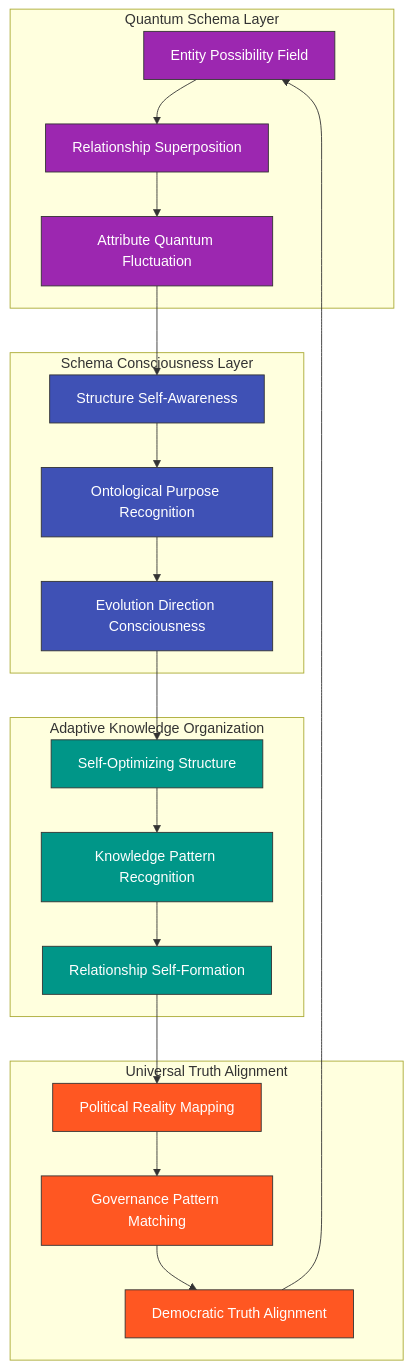
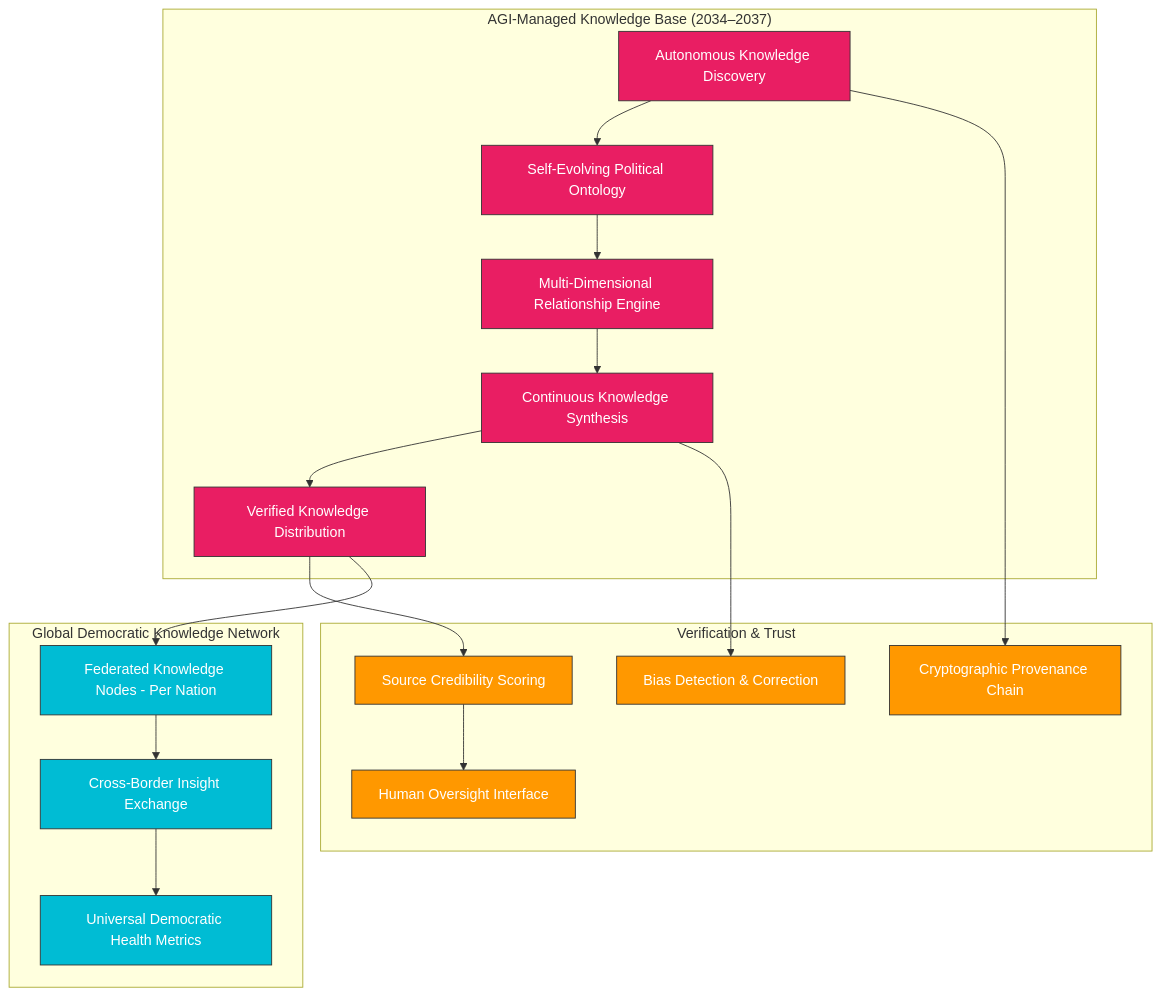
One commit to Hack23/cia changed the fourth of 5 diagrams in FUTURE_DATA_MODEL.md. Above: the diagram before and after it, drawn with Mermaid. The commit also changed other lines of this file and 5 other files, not shown here.

Commit message:
docs: update FUTURE_ARCHITECTURE, FUTURE_DATA_MODEL, FUTURE_FLOWCHART, FUTURE_MINDMAP, FUTURE_STATEDIAGRAM, FUTURE_SWOT with 2026-2037 roadmap

````diff
--- a/FUTURE_DATA_MODEL.md
+++ b/FUTURE_DATA_MODEL.md
@@ -212,41 +313,39 @@
 ```mermaid
 graph TD
-    subgraph "Quantum Schema Layer"
-        QS1[Entity Possibility Field]
-        QS2[Relationship Superposition]
-        QS3[Attribute Quantum Fluctuation]
+    subgraph "AGI-Managed Knowledge Base (2034–2037)"
+        A[Autonomous Knowledge Discovery] --> B[Self-Evolving Political Ontology]
+        B --> C[Multi-Dimensional Relationship Engine]
+        C --> D[Continuous Knowledge Synthesis]
+        D --> E[Verified Knowledge Distribution]
     end
-    
-    subgraph "Schema Consciousness Layer"
-        SC1[Structure Self-Awareness]
-        SC2[Ontological Purpose Recognition]
-        SC3[Evolution Direction Consciousness]
+
+    subgraph "Verification & Trust"
+        F[Cryptographic Provenance Chain]
+        G[Bias Detection & Correction]
+        H[Source Credibility Scoring]
+        I[Human Oversight Interface]
     end
-    
-    subgraph "Adaptive Knowledge Organization"
-        AK1[Self-Optimizing Structure]
-        AK2[Knowledge Pattern Recognition]
-        AK3[Relationship Self-Formation]
+
+    subgraph "Global Democratic Knowledge Network"
+        J[Federated Knowledge Nodes - Per Nation]
+        K[Cross-Border Insight Exchange]
+        L[Universal Democratic Health Metrics]
     end
-    
-    subgraph "Universal Truth Alignment"
-        UT1[Political Reality Mapping]
-        UT2[Governance Pattern Matching]
-        UT3[Democratic Truth Alignment]
-    end
-    
-    QS1 --> QS2 --> QS3 --> SC1
-    SC1 --> SC2 --> SC3 --> AK1
-    AK1 --> AK2 --> AK3 --> UT1
-    UT1 --> UT2 --> UT3 --> QS1
-    
-    classDef quantum fill:#9C27B0,stroke:#333,stroke-width:1px,color:white
-    classDef schema fill:#3F51B5,stroke:#333,stroke-width:1px,color:white
-    classDef adaptive fill:#009688,stroke:#333,stroke-width:1px,color:white
-    classDef truth fill:#FF5722,stroke:#333,stroke-width:1px,color:white
-    
-    class QS1,QS2,QS3 quantum
-    class SC1,SC2,SC3 schema
-    class AK1,AK2,AK3 adaptive
-    class UT1,UT2,UT3 truth
+
+    A --> F
+    D --> G
+    E --> H
+    H --> I
+
+    E --> J
+    J --> K
+    K --> L
+
+    classDef agi fill:#E91E63,stroke:#333,stroke-width:1px,color:white
+    classDef trust fill:#FF9800,stroke:#333,stroke-width:1px,color:white
+    classDef global fill:#00BCD4,stroke:#333,stroke-width:1px,color:white
+
+    class A,B,C,D,E agi
+    class F,G,H,I trust
+    class J,K,L global
 ```
````
